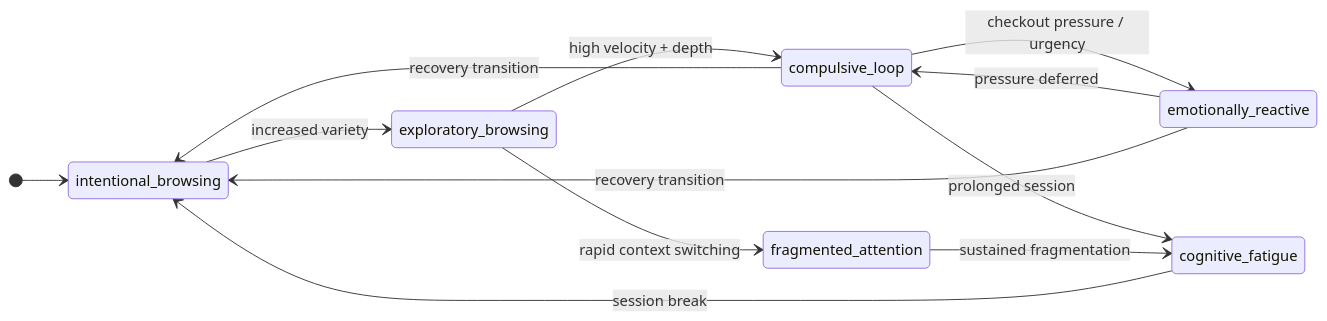
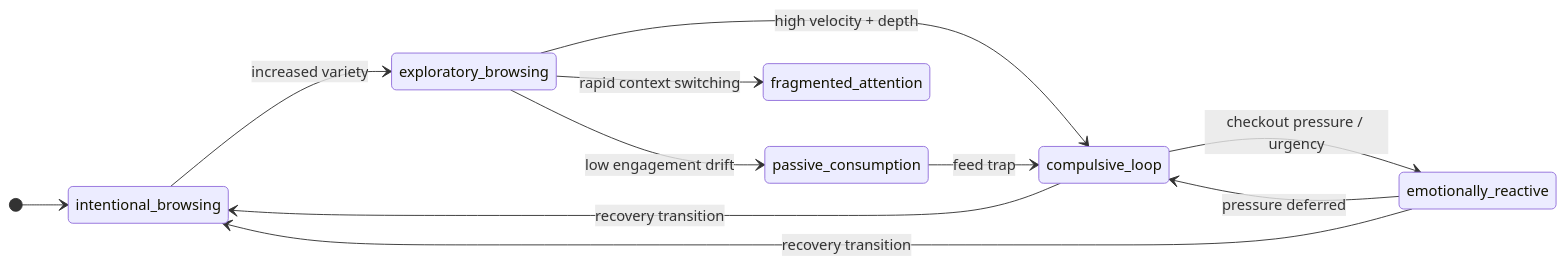
One commit to shaw029/angel changed the second of 2 diagrams in README.md. Above: the diagram before and after it, drawn with Mermaid. The commit also changed other lines of this file and 4 other files, not shown here.

First line of the commit message:
docs: update all documentation to reflect Angel Presence and passive_consumption state

````diff
--- a/README.md
+++ b/README.md
@@ -145,16 +146,15 @@
 ```mermaid
 stateDiagram-v2
     direction LR
     [*] --> intentional_browsing
 
     intentional_browsing --> exploratory_browsing : increased variety
+    exploratory_browsing --> passive_consumption : low engagement drift
     exploratory_browsing --> compulsive_loop : high velocity + depth
     exploratory_browsing --> fragmented_attention : rapid context switching
+    passive_consumption --> compulsive_loop : feed trap
     compulsive_loop --> emotionally_reactive : checkout pressure / urgency
-    compulsive_loop --> cognitive_fatigue : prolonged session
     emotionally_reactive --> compulsive_loop : pressure deferred
-    fragmented_attention --> cognitive_fatigue : sustained fragmentation
-    cognitive_fatigue --> intentional_browsing : session break
     compulsive_loop --> intentional_browsing : recovery transition
     emotionally_reactive --> intentional_browsing : recovery transition
 ```
````
